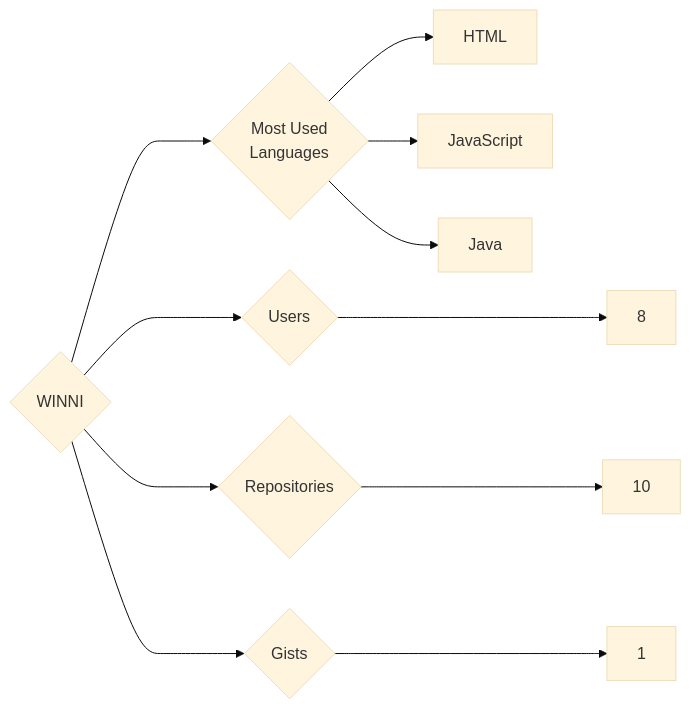
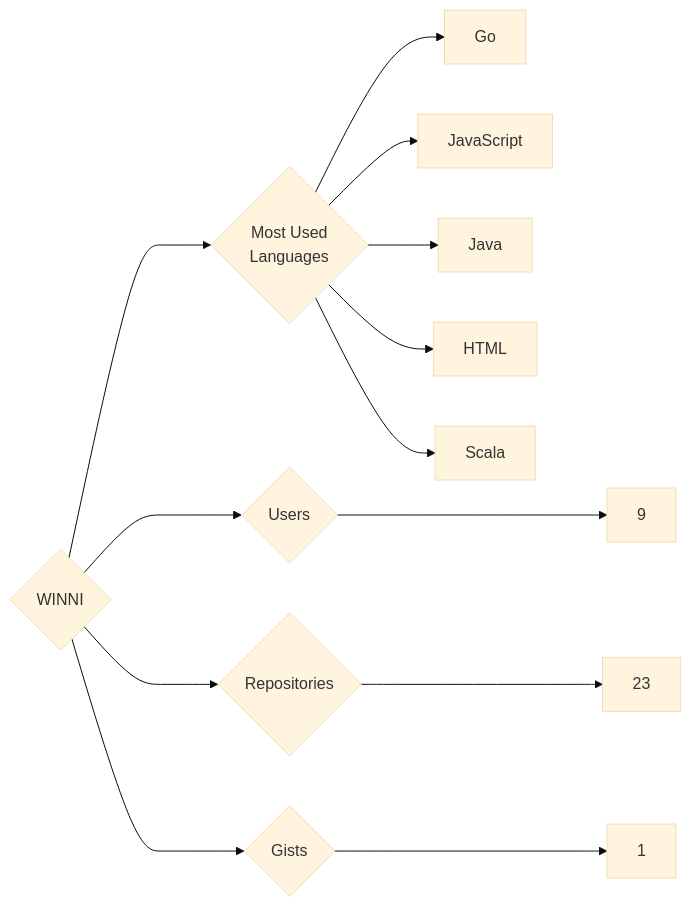
The diagram in targets/WINNI/README.md (trickest/insiders), drawn with Mermaid (base theme) before and after one commit. The commit also changed 833 other files, not shown here.

````diff
--- a/targets/WINNI/README.md
+++ b/targets/WINNI/README.md
@@ -3,11 +3,13 @@
 ```mermaid
 graph LR
 COMPANY_NAME{WINNI}
-COMPANY_NAME ---> U{Users} ---> UN[8]
-COMPANY_NAME ---> R{Repositories} ---> RN[10]
+COMPANY_NAME ---> U{Users} ---> UN[9]
+COMPANY_NAME ---> R{Repositories} ---> RN[23]
 COMPANY_NAME ---> G{Gists} ---> GN[1]
 COMPANY_NAME ---> ML{Most Used<br>Languages}
-ML --> HTML[HTML]
+ML --> Go[Go]
 ML --> JavaScript[JavaScript]
 ML --> Java[Java]
+ML --> HTML[HTML]
+ML --> Scala[Scala]
 ```
````
